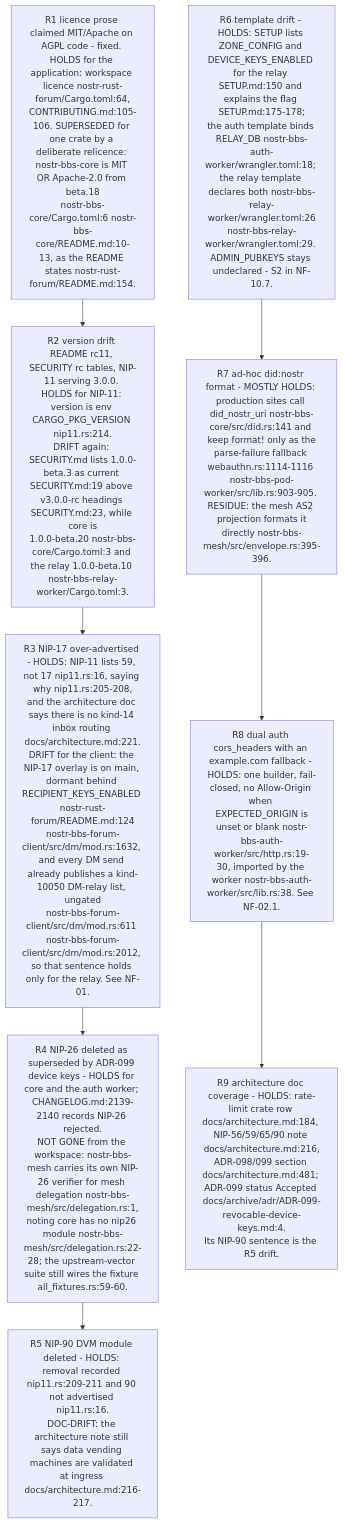
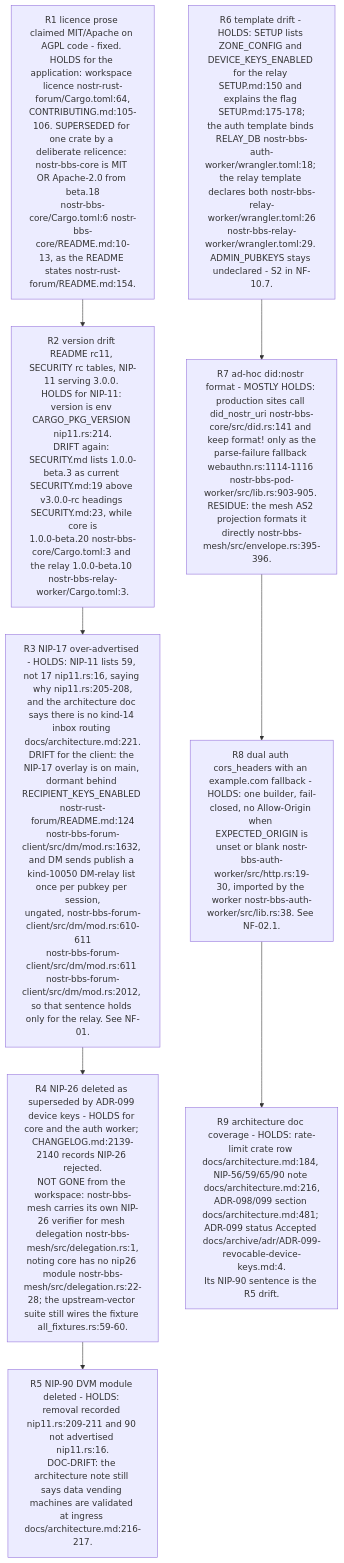
One commit to DreamLab-AI/VisionFlow changed diagram 14 of 15 in docs/diagrams/nostr-rust-forum/10-invariants-and-anomaly-register.md. Above: the diagram before and after it, drawn with Mermaid. The commit also changed 6 other files, not shown here.

First line of the commit message:
diagrams: integration fixes for the follow-up round

````diff
--- a/docs/diagrams/nostr-rust-forum/10-invariants-and-anomaly-register.md
+++ b/docs/diagrams/nostr-rust-forum/10-invariants-and-anomaly-register.md
@@ -349,14 +349,14 @@
 ```mermaid
 flowchart TB
     R1["R1 licence prose claimed MIT/Apache on AGPL code - fixed. HOLDS for the application: workspace licence nostr-rust-forum/Cargo.toml:64,<br/>CONTRIBUTING.md:105-106. SUPERSEDED for one crate by a deliberate relicence: nostr-bbs-core is MIT OR Apache-2.0 from beta.18<br/>nostr-bbs-core/Cargo.toml:6 nostr-bbs-core/README.md:10-13, as the README states nostr-rust-forum/README.md:154."]
     R2["R2 version drift README rc11, SECURITY rc tables, NIP-11 serving 3.0.0. HOLDS for NIP-11: version is env CARGO_PKG_VERSION nip11.rs:214.<br/>DRIFT again: SECURITY.md lists 1.0.0-beta.3 as current SECURITY.md:19 above v3.0.0-rc headings SECURITY.md:23, while core is<br/>1.0.0-beta.20 nostr-bbs-core/Cargo.toml:3 and the relay 1.0.0-beta.10 nostr-bbs-relay-worker/Cargo.toml:3."]
-    R3["R3 NIP-17 over-advertised - HOLDS: NIP-11 lists 59, not 17 nip11.rs:16, saying why nip11.rs:205-208,<br/>and the architecture doc says there is no kind-14 inbox routing docs/architecture.md:221.<br/>DRIFT for the client: the NIP-17 overlay is on main, dormant behind RECIPIENT_KEYS_ENABLED nostr-rust-forum/README.md:124<br/>nostr-bbs-forum-client/src/dm/mod.rs:1632, and every DM send already publishes a kind-10050 DM-relay list, ungated<br/>nostr-bbs-forum-client/src/dm/mod.rs:611 nostr-bbs-forum-client/src/dm/mod.rs:2012, so that sentence holds only for the relay. See NF-01."]
+    R3["R3 NIP-17 over-advertised - HOLDS: NIP-11 lists 59, not 17 nip11.rs:16, saying why nip11.rs:205-208,<br/>and the architecture doc says there is no kind-14 inbox routing docs/architecture.md:221.<br/>DRIFT for the client: the NIP-17 overlay is on main, dormant behind RECIPIENT_KEYS_ENABLED nostr-rust-forum/README.md:124<br/>nostr-bbs-forum-client/src/dm/mod.rs:1632, and DM sends publish a kind-10050 DM-relay list once per pubkey per session,<br/>ungated, nostr-bbs-forum-client/src/dm/mod.rs:610-611<br/>nostr-bbs-forum-client/src/dm/mod.rs:611 nostr-bbs-forum-client/src/dm/mod.rs:2012, so that sentence holds only for the relay. See NF-01."]
     R4["R4 NIP-26 deleted as superseded by ADR-099 device keys - HOLDS for core and the auth worker; CHANGELOG.md:2139-2140 records NIP-26 rejected.<br/>NOT GONE from the workspace: nostr-bbs-mesh carries its own NIP-26 verifier for mesh delegation nostr-bbs-mesh/src/delegation.rs:1,<br/>noting core has no nip26 module nostr-bbs-mesh/src/delegation.rs:22-28; the upstream-vector suite still wires the fixture all_fixtures.rs:59-60."]
     R5["R5 NIP-90 DVM module deleted - HOLDS: removal recorded nip11.rs:209-211 and 90 not advertised nip11.rs:16.<br/>DOC-DRIFT: the architecture note still says data vending machines are validated at ingress docs/architecture.md:216-217."]
     R6["R6 template drift - HOLDS: SETUP lists ZONE_CONFIG and DEVICE_KEYS_ENABLED for the relay SETUP.md:150 and explains the flag SETUP.md:175-178;<br/>the auth template binds RELAY_DB nostr-bbs-auth-worker/wrangler.toml:18; the relay template declares both nostr-bbs-relay-worker/wrangler.toml:26<br/>nostr-bbs-relay-worker/wrangler.toml:29. ADMIN_PUBKEYS stays undeclared - S2 in NF-10.7."]
     R7["R7 ad-hoc did:nostr format - MOSTLY HOLDS: production sites call did_nostr_uri nostr-bbs-core/src/did.rs:141 and keep format! only as the<br/>parse-failure fallback webauthn.rs:1114-1116 nostr-bbs-pod-worker/src/lib.rs:903-905. RESIDUE: the mesh AS2 projection formats it<br/>directly nostr-bbs-mesh/src/envelope.rs:395-396."]
     R8["R8 dual auth cors_headers with an example.com fallback - HOLDS: one builder, fail-closed, no Allow-Origin when EXPECTED_ORIGIN is<br/>unset or blank nostr-bbs-auth-worker/src/http.rs:19-30, imported by the worker nostr-bbs-auth-worker/src/lib.rs:38. See NF-02.1."]
     R9["R9 architecture doc coverage - HOLDS: rate-limit crate row docs/architecture.md:184, NIP-56/59/65/90 note docs/architecture.md:216,<br/>ADR-098/099 section docs/architecture.md:481; ADR-099 status Accepted docs/archive/adr/ADR-099-revocable-device-keys.md:4.<br/>Its NIP-90 sentence is the R5 drift."]
     R1 --> R2 --> R3 --> R4 --> R5
     R6 --> R7 --> R8 --> R9
 ```
````
